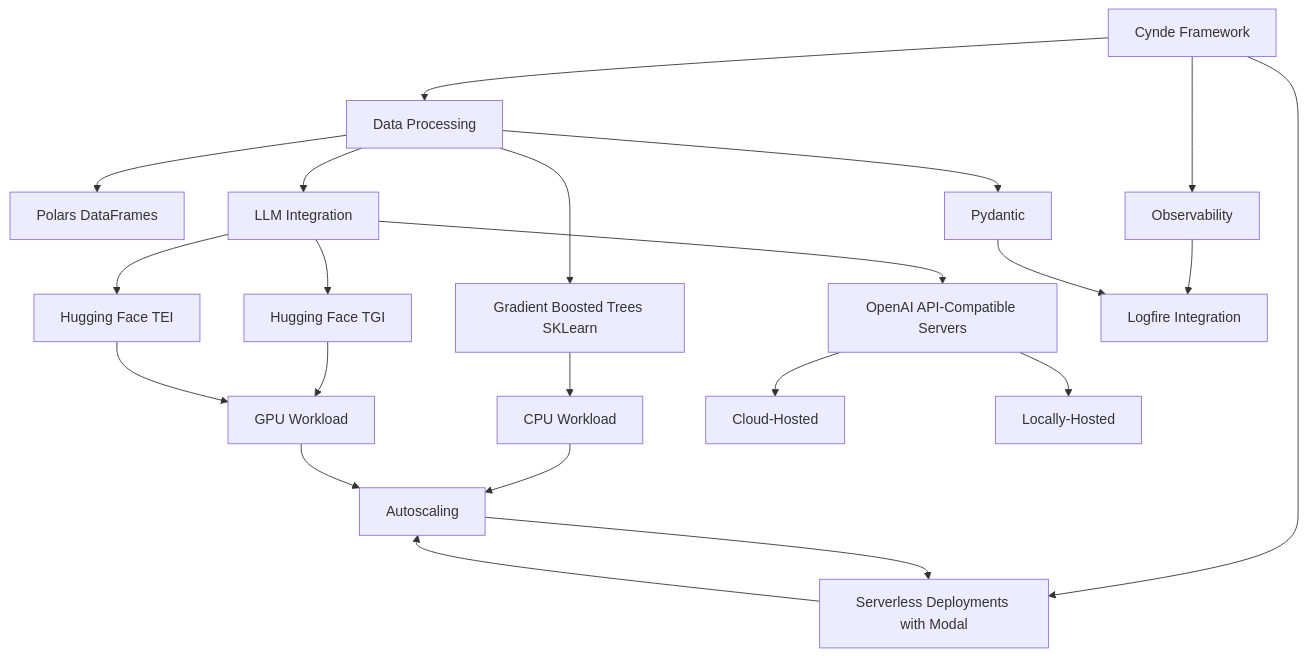
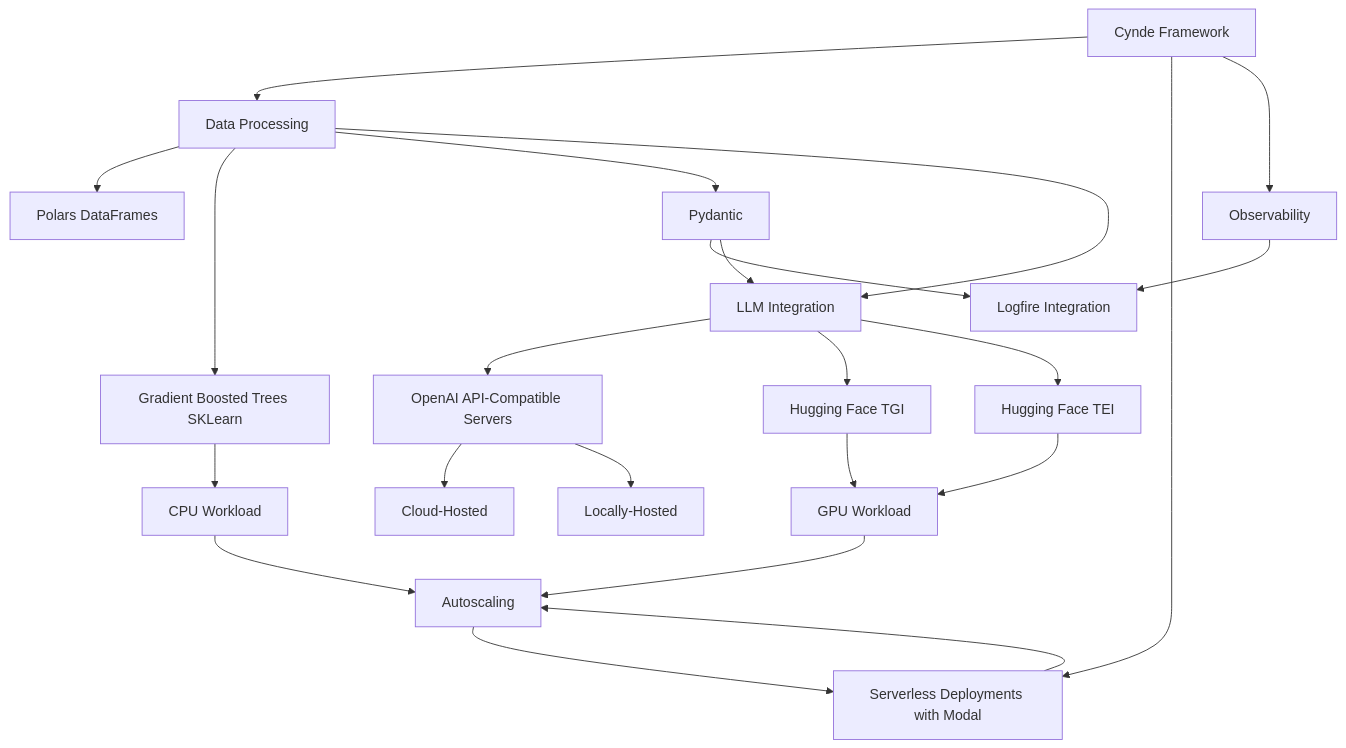
The diagram in drawings.md (Neural-Dragon-AI/Cynde), drawn with Mermaid before and after one commit.

````diff
--- a/drawings.md
+++ b/drawings.md
@@ -3,28 +3,29 @@
 ```mermaid
 graph TD
     A[Cynde Framework] --> B[Data Processing]
     B --> C[Polars DataFrames]
     B --> E[Gradient Boosted Trees SKLearn]
     A --> P[Serverless Deployments with Modal]
     B --> PD[Pydantic]
     F[Autoscaling] --> P
     P --> F
     G[CPU Workload] --> F
     E --> G
     M[GPU Workload] --> F
 
     B --> H[LLM Integration]
     H --> I[OpenAI API-Compatible Servers]
     I --> J[Cloud-Hosted]
     I --> K[Locally-Hosted]
     H --> N[Hugging Face TGI]
   
     H --> O[Hugging Face TEI]
     N --> M
     O --> M
 
 
     A --> Y[Observability]
     Y --> Z[Logfire Integration]
-    PD--> Z
+    PD --> Z
+    PD --> H
 ```
````
